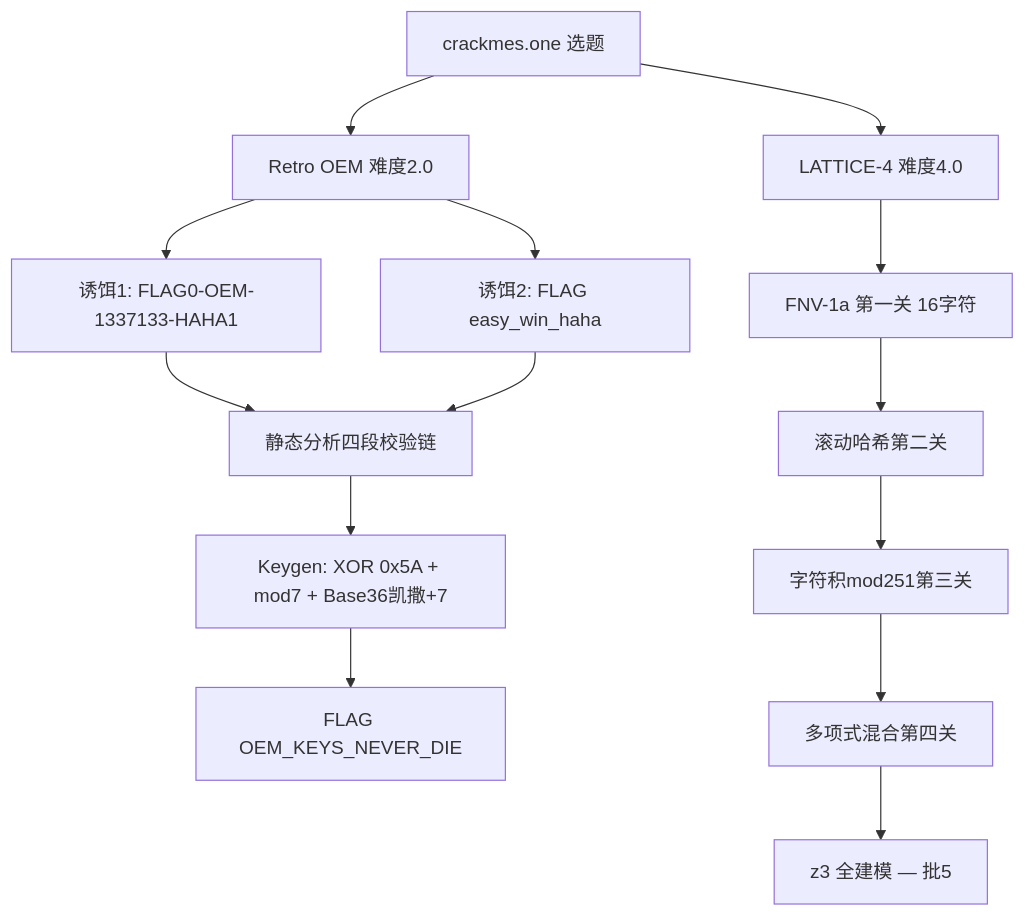
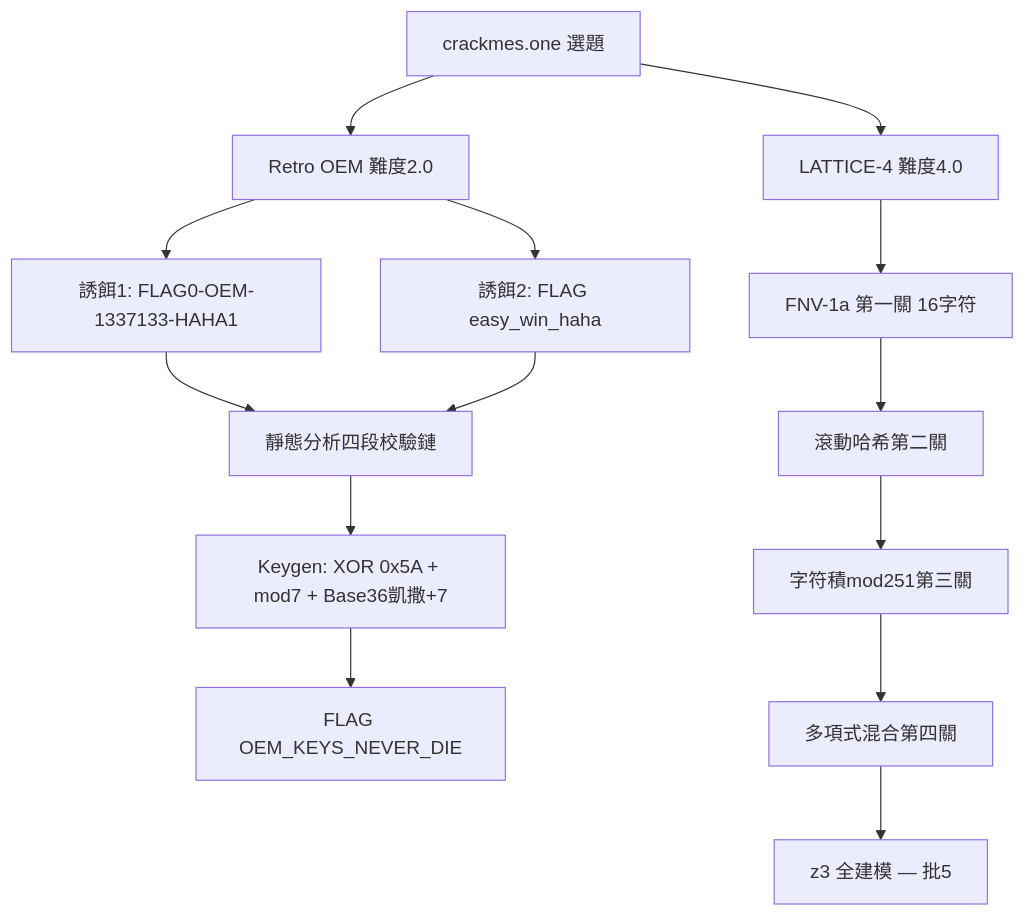
The diagram in docs/2026-09-21_crackmes-one-RetroOEM-LATTICE4-writeup.md (rongkao/ctf-writeups), drawn with Mermaid before and after one commit. The commit also changed other lines of this file and 21 other files, not shown here.

````diff
--- a/docs/2026-09-21_crackmes-one-RetroOEM-LATTICE4-writeup.md
+++ b/docs/2026-09-21_crackmes-one-RetroOEM-LATTICE4-writeup.md
@@ -15,15 +15,15 @@
 ```mermaid
 flowchart TD
-    A[crackmes.one 选题] --> B[Retro OEM 难度2.0]
-    A --> C[LATTICE-4 难度4.0]
-    B --> D[诱饵1: FLAG0-OEM-1337133-HAHA1]
-    B --> E[诱饵2: FLAG easy_win_haha]
-    D & E --> F[静态分析四段校验链]
-    F --> G[Keygen: XOR 0x5A + mod7 + Base36凯撒+7]
+    A[crackmes.one 選題] --> B[Retro OEM 難度2.0]
+    A --> C[LATTICE-4 難度4.0]
+    B --> D[誘餌1: FLAG0-OEM-1337133-HAHA1]
+    B --> E[誘餌2: FLAG easy_win_haha]
+    D & E --> F[靜態分析四段校驗鏈]
+    F --> G[Keygen: XOR 0x5A + mod7 + Base36凱撒+7]
     G --> H[FLAG OEM_KEYS_NEVER_DIE]
-    C --> I[FNV-1a 第一关 16字符]
-    I --> J[滚动哈希第二关]
-    J --> K[字符积mod251第三关]
-    K --> L[多项式混合第四关]
+    C --> I[FNV-1a 第一關 16字符]
+    I --> J[滾動哈希第二關]
+    J --> K[字符積mod251第三關]
+    K --> L[多項式混合第四關]
     L --> M[z3 全建模 — 批5]
 ```
````
